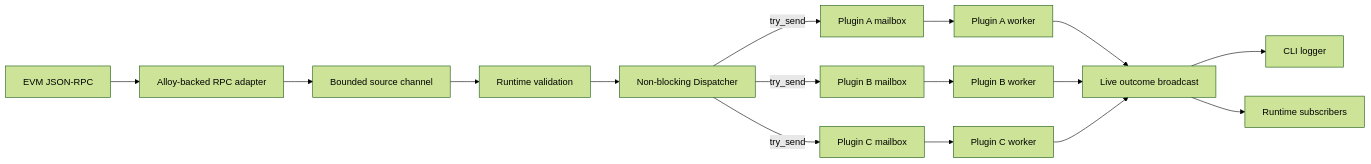
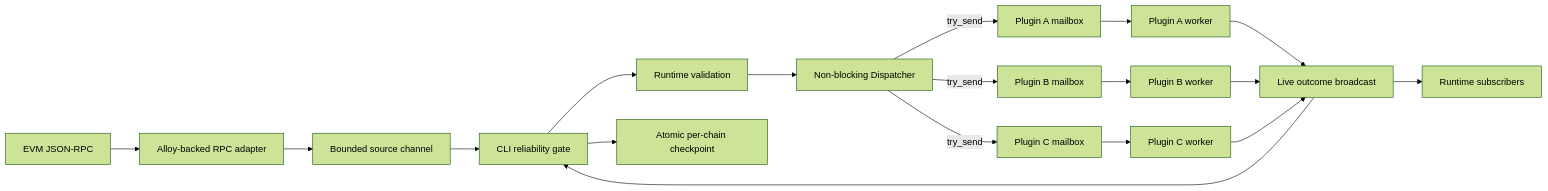
Before and after one commit to abhi3700/raven: the fifth of 8 diagrams in docs/concepts/architecture.mdx, drawn with Mermaid (forest theme). The commit also changed other lines of this file and 36 other files, not shown here.

````diff
--- a/docs/concepts/architecture.mdx
+++ b/docs/concepts/architecture.mdx
@@ -174,22 +204,24 @@
 ```mermaid
 flowchart LR
     chain["EVM JSON-RPC"] --> source["Alloy-backed RPC adapter"]
     source --> sourceQueue["Bounded source channel"]
-    sourceQueue --> runtime["Runtime validation"]
+    sourceQueue --> gate["CLI reliability gate"]
+    gate --> runtime["Runtime validation"]
     runtime --> dispatcher["Non-blocking Dispatcher"]
 
     dispatcher -->|"try_send"| mailboxA["Plugin A mailbox"]
     dispatcher -->|"try_send"| mailboxB["Plugin B mailbox"]
     dispatcher -->|"try_send"| mailboxC["Plugin C mailbox"]
 
     mailboxA --> workerA["Plugin A worker"]
     mailboxB --> workerB["Plugin B worker"]
     mailboxC --> workerC["Plugin C worker"]
 
     workerA --> outcomeBus["Live outcome broadcast"]
     workerB --> outcomeBus
     workerC --> outcomeBus
 
-    outcomeBus --> cli["CLI logger"]
+    outcomeBus --> gate
+    gate --> checkpoint["Atomic per-chain checkpoint"]
     outcomeBus --> observer["Runtime subscribers"]
 ```
````
